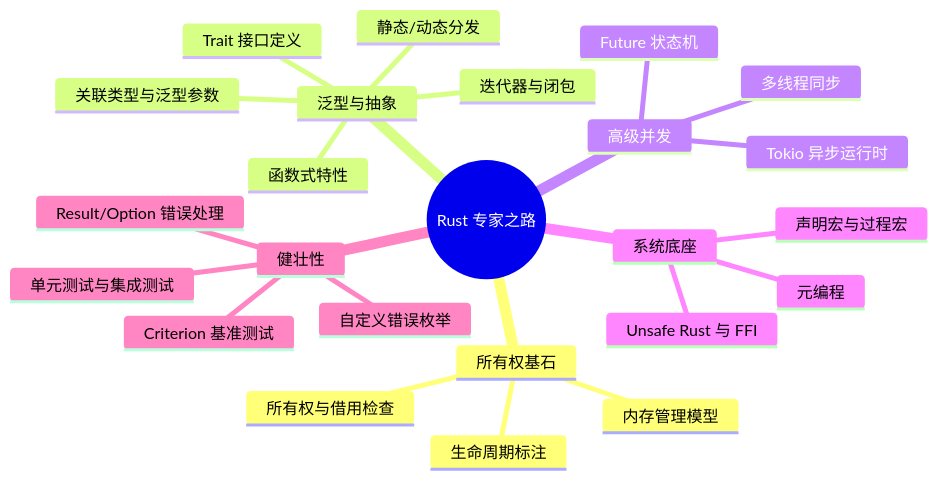
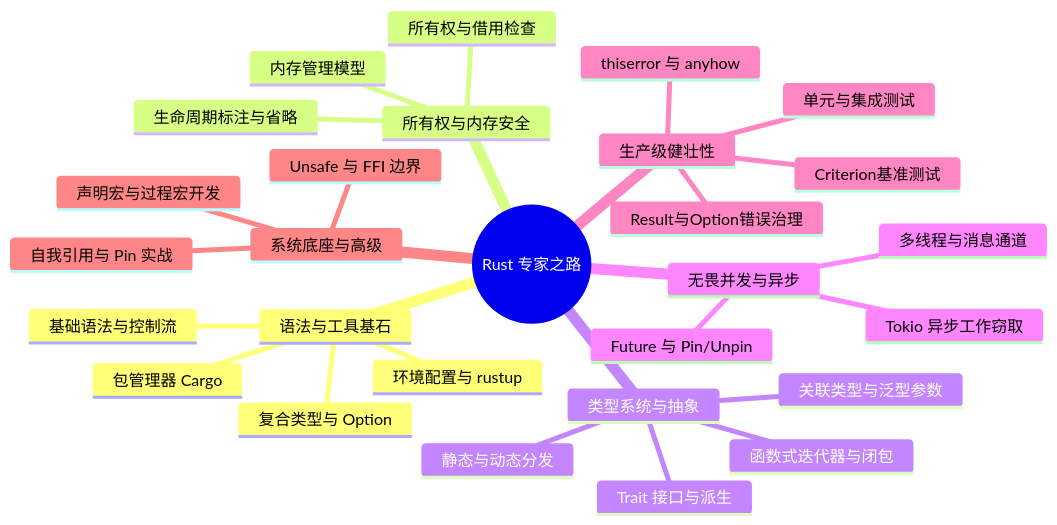
One commit to Aiden-Coding/AiDocs changed the diagram in docs/rust/readme.md. Above: the diagram before and after it, drawn with Mermaid. The commit also changed other lines of this file and 5 other files, not shown here.

````diff
--- a/docs/rust/readme.md
+++ b/docs/rust/readme.md
@@ -17,27 +17,31 @@
 ```mermaid
 mindmap
   root((Rust 专家之路))
-    所有权基石
+    语法与工具基石
+      环境配置与 rustup
+      包管理器 Cargo
+      基础语法与控制流
+      复合类型与 Option
+    所有权与内存安全
       内存管理模型
       所有权与借用检查
-      生命周期标注
-    泛型与抽象
-      Trait 接口定义
+      生命周期标注与省略
+    类型系统与抽象
+      Trait 接口与派生
       关联类型与泛型参数
-      静态/动态分发
-      函数式特性
-      迭代器与闭包
-    高级并发
-      多线程同步
-      Tokio 异步运行时
-      Future 状态机
-    系统底座
-      Unsafe Rust 与 FFI
-      声明宏与过程宏
-      元编程
-    健壮性
-      Result/Option 错误处理
-      自定义错误枚举
-      单元测试与集成测试
-      Criterion 基准测试
+      静态与动态分发
+      函数式迭代器与闭包
+    无畏并发与异步
+      多线程与消息通道
+      Tokio 异步工作窃取
+      Future 与 Pin/Unpin
+    生产级健壮性
+      Result与Option错误治理
+      thiserror 与 anyhow
+      单元与集成测试
+      Criterion基准测试
+    系统底座与高级
+      Unsafe 与 FFI 边界
+      声明宏与过程宏开发
+      自我引用与 Pin 实战
 ```
````
